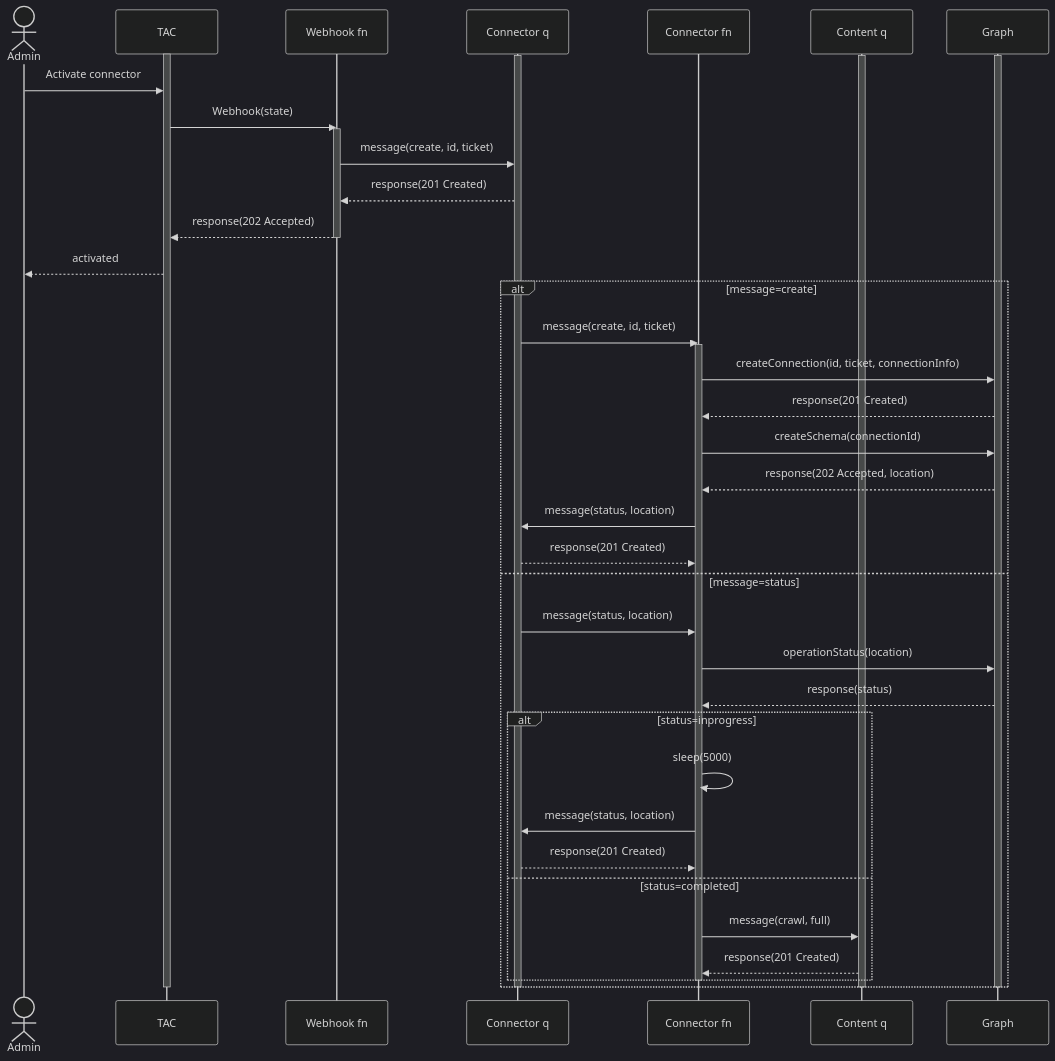
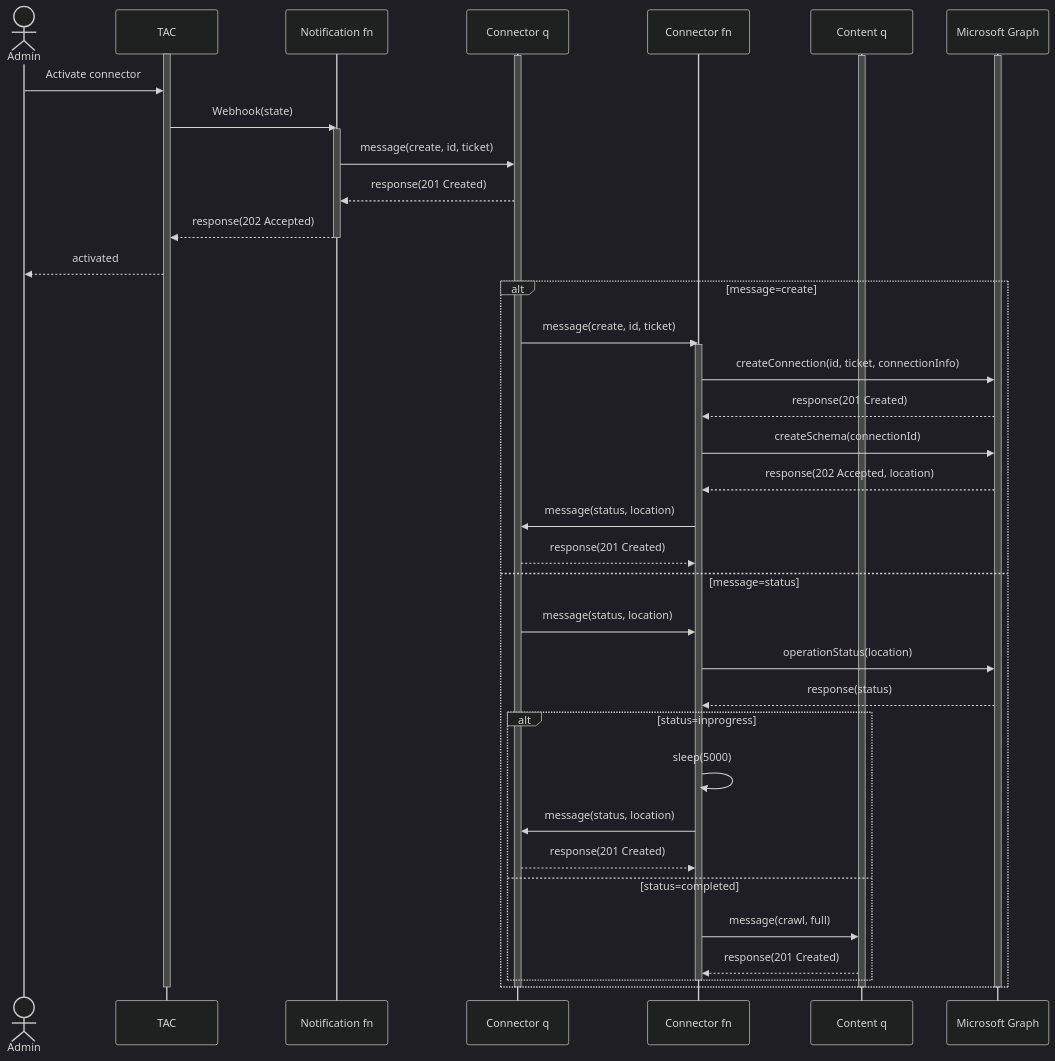
One commit to garrytrinder/food-catalog-graph-connector changed the first of 6 diagrams in readme.md. Above: the diagram before and after it, drawn with Mermaid (dark theme). The commit also changed other lines of this file, not shown here.

Commit message:
Adds deletion diagram Updates diagrams

````diff
--- a/readme.md
+++ b/readme.md
@@ -33,54 +33,54 @@
 ```mermaid
 sequenceDiagram
   actor Admin
   participant TAC
-  participant Webhook fn
+  participant Notification fn
   participant Connector q
   participant Connector fn
   participant Content q
-  participant Graph
+  participant Microsoft Graph
   
   activate TAC
   activate Connector q
   activate Content q
-  activate Graph
+  activate Microsoft Graph
 
   Admin->>TAC:Activate connector
-  TAC->>Webhook fn:Webhook(state)
-  activate Webhook fn
-  Webhook fn->>Connector q:message(create, id, ticket)
-  Connector q-->>Webhook fn:response(201 Created)
-  Webhook fn-->>TAC:response(202 Accepted)
-  deactivate Webhook fn
+  TAC->>Notification fn:Webhook(state)
+  activate Notification fn
+  Notification fn->>Connector q:message(create, id, ticket)
+  Connector q-->>Notification fn:response(201 Created)
+  Notification fn-->>TAC:response(202 Accepted)
+  deactivate Notification fn
   TAC-->>Admin:activated
 
   alt message=create
     Connector q->>Connector fn:message(create, id, ticket)
     activate Connector fn
-    Connector fn->>Graph:createConnection(id, ticket, connectionInfo)
-    Graph-->>Connector fn:response(201 Created)
-    Connector fn->>Graph:createSchema(connectionId)
-    Graph-->>Connector fn:response(202 Accepted, location)
+    Connector fn->>Microsoft Graph:createConnection(id, ticket, connectionInfo)
+    Microsoft Graph-->>Connector fn:response(201 Created)
+    Connector fn->>Microsoft Graph:createSchema(connectionId)
+    Microsoft Graph-->>Connector fn:response(202 Accepted, location)
     Connector fn->>Connector q:message(status, location)
     Connector q-->>Connector fn:response(201 Created)
   else message=status
     Connector q->>Connector fn:message(status, location)
-    Connector fn->>Graph:operationStatus(location)
-    Graph-->>Connector fn:response(status)
+    Connector fn->>Microsoft Graph:operationStatus(location)
+    Microsoft Graph-->>Connector fn:response(status)
     
     alt status=inprogress
       Connector fn->>Connector fn:sleep(5000)
       Connector fn->>Connector q:message(status, location)
       Connector q-->>Connector fn:response(201 Created)
     else status=completed
       Connector fn->>Content q:message(crawl, full)
       Content q-->>Connector fn:response(201 Created)
     end
     deactivate Connector fn
   end
   
-  deactivate Graph
+  deactivate Microsoft Graph
   deactivate Content q
   deactivate Connector q
   deactivate TAC
 ```
````
